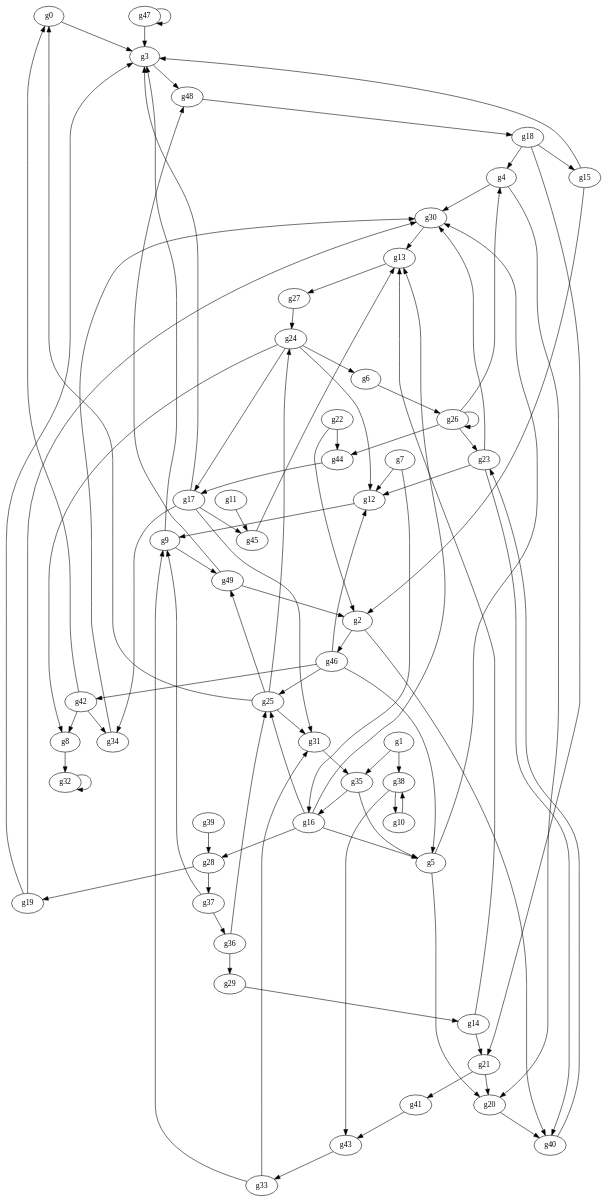
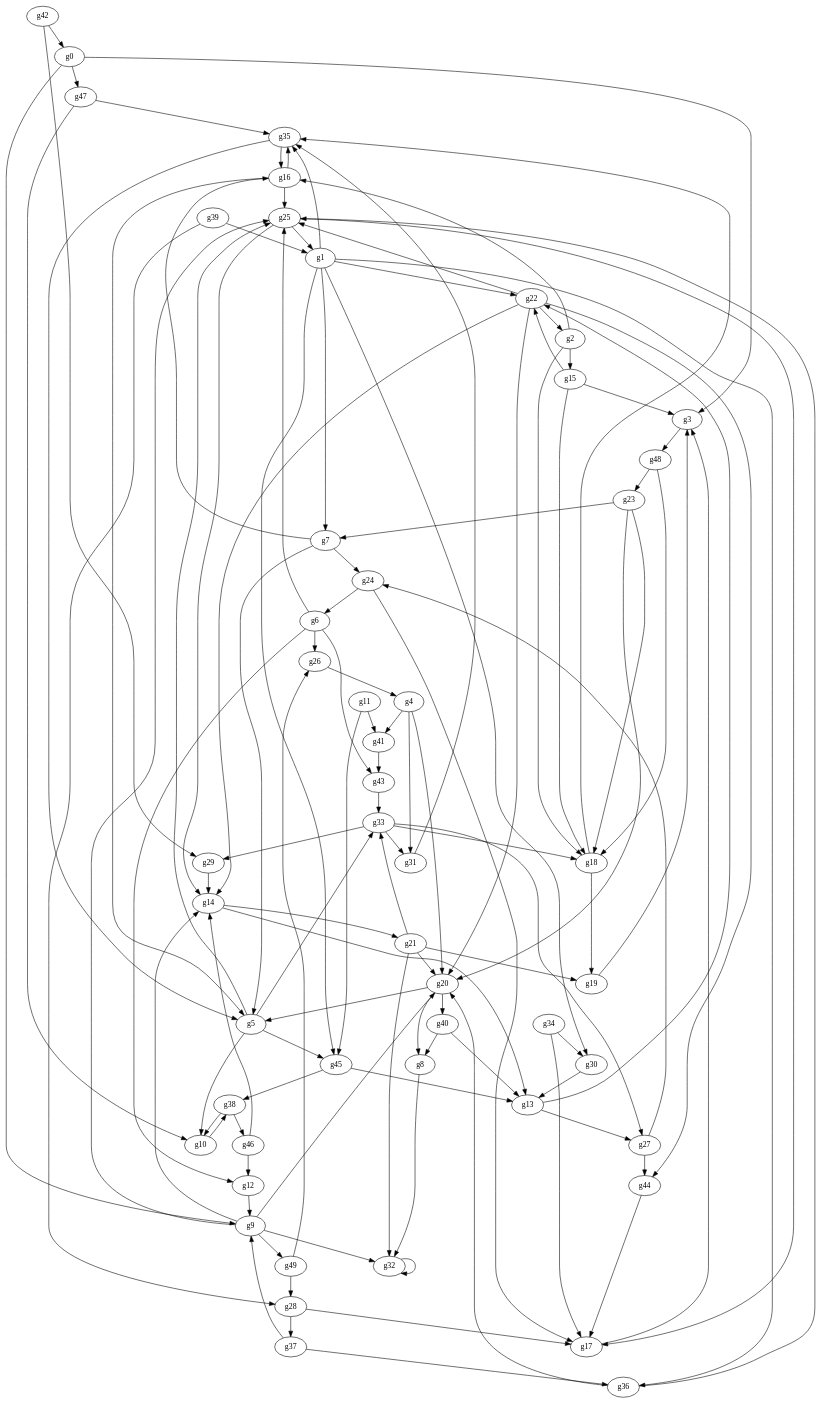
One commit to zepinto/aamas changed the diagram in aamas-ge/stat/1.dot. Above: the diagram before and after it, drawn with Graphviz. The commit also changed 4 other files, not shown here.

```diff
--- a/aamas-ge/stat/1.dot
+++ b/aamas-ge/stat/1.dot
@@ -1,42 +1,80 @@
 digraph "g" {
+
+g0->g47
 
 g0->g3
 
-g1->g38
+g0->g9
+
+g1->g22
+
+g1->g30
+
+g1->g36
+
+g1->g45
+
+g1->g7
 
 g1->g35
 
-g2->g46
+g2->g16
 
-g2->g40
+g2->g18
+
+g2->g15
 
 g3->g48
 
-g4->g30
+g4->g31
+
+g4->g41
 
 g4->g20
 
-g5->g30
+g5->g33
 
-g5->g20
+g5->g10
+
+g5->g25
+
+g5->g45
+
+g6->g12
+
+g6->g25
+
+g6->g43
 
 g6->g26
 
 g7->g16
 
-g7->g12
+g7->g5
+
+g7->g24
 
 g8->g32
 
-g9->g3
-
 g9->g49
 
+g9->g14
+
+g9->g25
+
+g9->g32
+
+g9->g20
+
 g10->g38
+
+g11->g41
 
 g11->g45
 
 g12->g9
+
+g13->g22
 
 g13->g27
 
@@ -44,79 +82,73 @@
 
 g14->g13
 
+g15->g22
+
 g15->g3
 
-g15->g2
-
-g16->g28
+g15->g18
 
 g16->g25
 
 g16->g5
 
-g16->g13
-
-g17->g31
+g16->g35
 
 g17->g3
 
-g17->g34
+g18->g19
 
-g17->g45
-
-g18->g4
-
-g18->g21
-
-g18->g15
+g18->g35
 
 g19->g3
 
-g19->g30
+g20->g5
+
+g20->g8
 
 g20->g40
 
-g21->g41
+g21->g33
+
+g21->g19
+
+g21->g32
 
 g21->g20
 
 g22->g44
 
+g22->g14
+
+g22->g25
+
 g22->g2
 
-g23->g30
+g22->g20
 
-g23->g12
+g23->g18
 
-g23->g40
+g23->g7
+
+g23->g20
 
 g24->g17
 
 g24->g6
 
-g24->g12
+g25->g17
 
-g24->g8
+g25->g1
 
-g25->g31
-
-g25->g49
-
-g25->g0
-
-g25->g24
+g25->g14
 
 g26->g4
 
-g26->g44
-
-g26->g23
-
-g26->g26
+g27->g44
 
 g27->g24
 
-g28->g19
+g28->g17
 
 g28->g37
 
@@ -130,7 +162,13 @@
 
 g33->g31
 
-g33->g9
+g33->g27
+
+g33->g18
+
+g33->g29
+
+g34->g17
 
 g34->g30
 
@@ -140,7 +178,7 @@
 
 g36->g25
 
-g36->g29
+g36->g20
 
 g37->g9
 
@@ -148,42 +186,44 @@
 
 g38->g10
 
-g38->g43
+g38->g46
 
 g39->g28
 
-g40->g23
+g39->g1
+
+g40->g8
+
+g40->g13
 
 g41->g43
 
-g42->g34
+g42->g29
 
 g42->g0
-
-g42->g8
 
 g43->g33
 
 g44->g17
 
+g45->g38
+
 g45->g13
 
-g46->g42
+g46->g14
 
 g46->g12
 
-g46->g25
+g47->g10
 
-g46->g5
+g47->g35
 
-g47->g3
-
-g47->g47
+g48->g23
 
 g48->g18
 
-g49->g2
+g49->g28
 
-g49->g48
+g49->g26
 
 }
```
